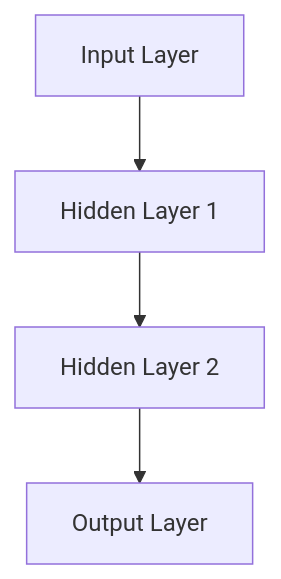
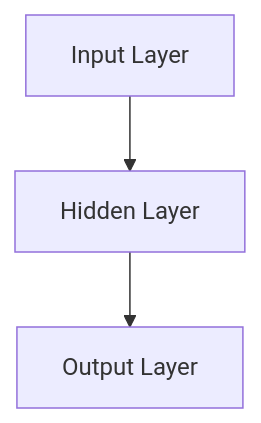
Before and after one commit to ShadowMonarchX/ai-ml-internship: the third of 3 diagrams in Week - 2/readme.md, drawn with Mermaid. The commit also changed other lines of this file, not shown here.

````diff
--- a/Week - 2/readme.md
+++ b/Week - 2/readme.md
@@ -179,6 +191,5 @@
 ```mermaid
 graph TD
-A[Input Layer] --> B[Hidden Layer 1]
-B --> C[Hidden Layer 2]
-C --> D[Output Layer]
+A[Input Layer] --> B[Hidden Layer]
+B --> C[Output Layer]
 ```
````
